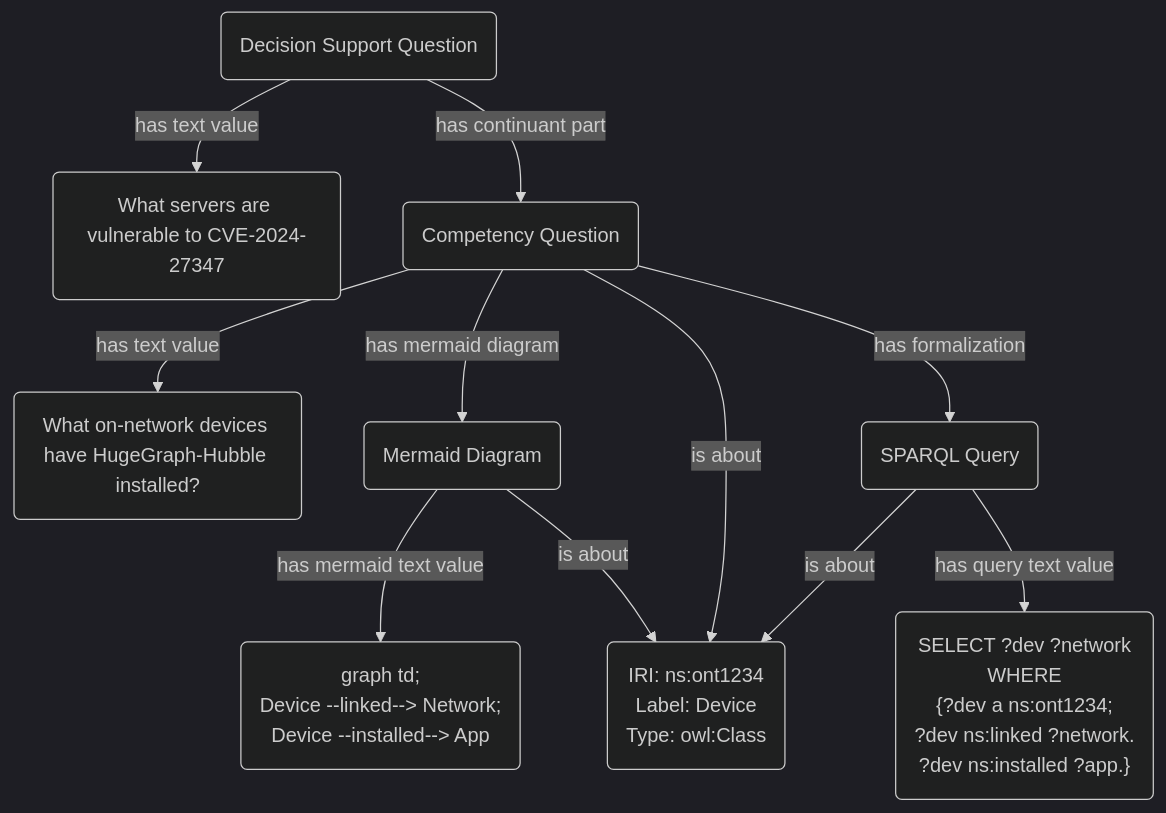
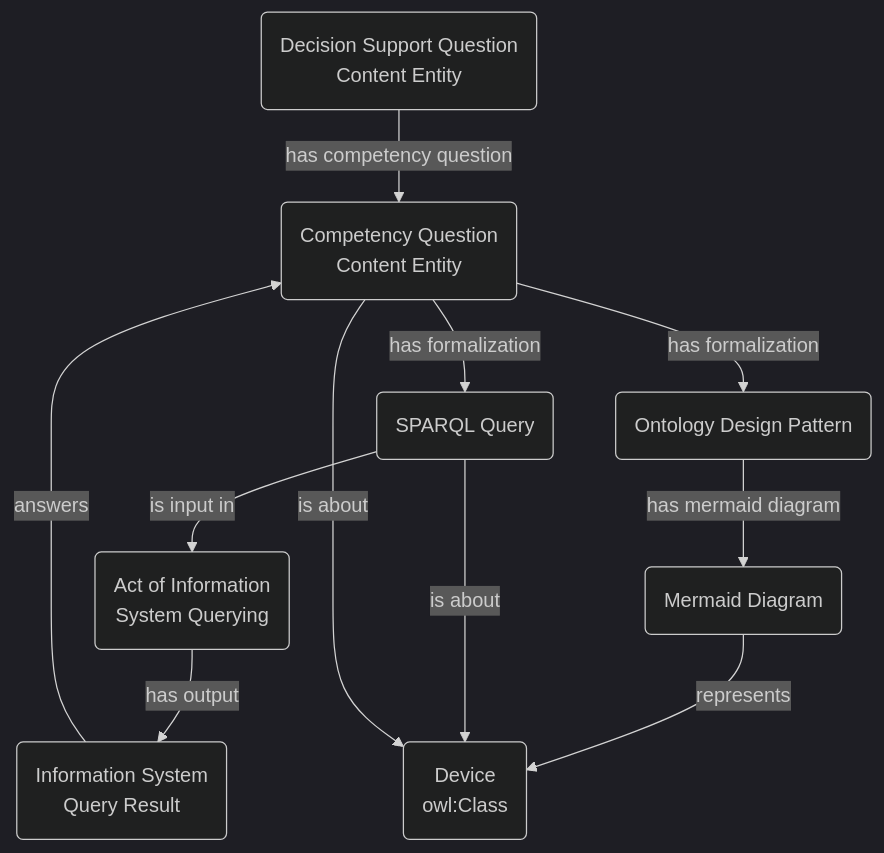
One commit to jonathanvajda/ontology-of-knowledge-engineering-artifacts changed the second of 2 diagrams in README.md. Above: the diagram before and after it, drawn with Mermaid (dark theme). The commit also changed other lines of this file and 12 other files, not shown here.

Commit message:
Documention update, mermaid design patterns, MkDocs publication

````diff
--- a/README.md
+++ b/README.md
@@ -15,14 +41,22 @@
 ```mermaid
-flowchart TD;
-    DSQ(Decision Support Question) --has text value-->DSQText("What servers are vulnerable to CVE-2024-27347")
-    DSQ --has continuant part--> CQ
-    CQ(Competency Question) --has text value-->CQText("What on-network devices have HugeGraph-Hubble installed?")
-    CQ --has mermaid diagram --> MermaidDiagram
-    CQ --has formalization --> SPARQLQuery
-    MermaidDiagram(Mermaid Diagram) --has mermaid text value-->MermaidText("graph td;<br>Device --linked--> Network;<br>Device --installed--> App")
-    SPARQLQuery(SPARQL Query) --has query text value-->QueryText("SELECT ?dev ?network<BR>WHERE<br>{?dev a ns:ont1234;<br> ?dev ns:linked ?network.<br>?dev ns:installed ?app.}")
-    MermaidDiagram --is about--> DeviceClass
-    CQ --is about--> DeviceClass
-    SPARQLQuery --is about--> DeviceClass
-    DeviceClass(IRI: ns:ont1234<br>Label: Device<br>Type: owl:Class)
+flowchart TD
+    DSQ(Decision Support Question<br/>Content Entity)
+    CQ(Competency Question<br/>Content Entity)
+    Query(SPARQL Query)
+    Return(Information System<br/>Query Result)
+    ODP(Ontology Design Pattern)
+    Diagram(Mermaid Diagram)
+    DeviceClass(Device<br/>owl:Class)
+
+    DSQ -- has competency question --> CQ
+    CQ -- has formalization --> Query
+    Query -- is input in --> Querying(Act of Information<br/>System Querying)
+    Querying -- has output --> Return
+    Return -- answers --> CQ
+
+    CQ -- has formalization --> ODP
+    ODP -- has mermaid diagram --> Diagram
+    Diagram -- represents --> DeviceClass
+    Query -- is about --> DeviceClass
+    CQ -- is about --> DeviceClass
 ```
````
